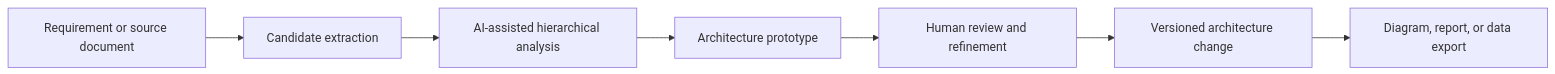
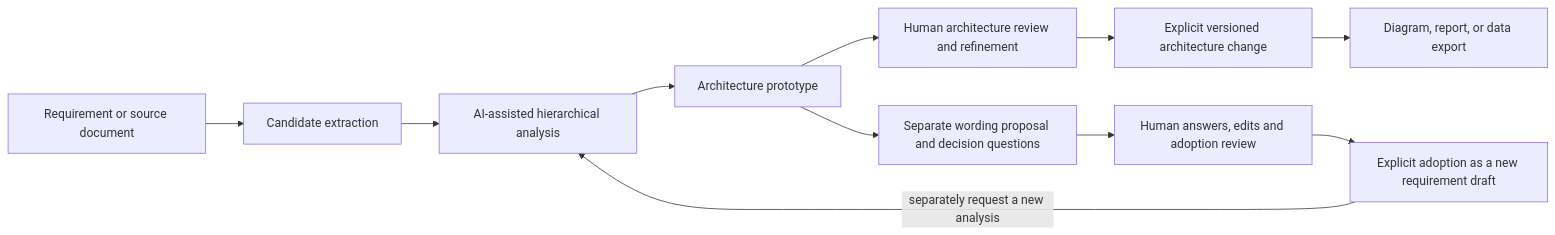
The first of 3 diagrams in README.md (carstenartur/Taxonomy), drawn with Mermaid before and after one commit. The commit also changed other lines of this file and 22 other files, not shown here.

````diff
--- a/README.md
+++ b/README.md
@@ -40,9 +67,13 @@
 ```mermaid
 flowchart LR
     A[Requirement or source document] --> B[Candidate extraction]
     B --> C[AI-assisted hierarchical analysis]
     C --> D[Architecture prototype]
-    D --> E[Human review and refinement]
-    E --> F[Versioned architecture change]
+    D --> E[Human architecture review and refinement]
+    E --> F[Explicit versioned architecture change]
     F --> G[Diagram, report, or data export]
+    D --> H[Separate wording proposal and decision questions]
+    H --> I[Human answers, edits and adoption review]
+    I --> J[Explicit adoption as a new requirement draft]
+    J -->|separately request a new analysis| C
 ```
````
